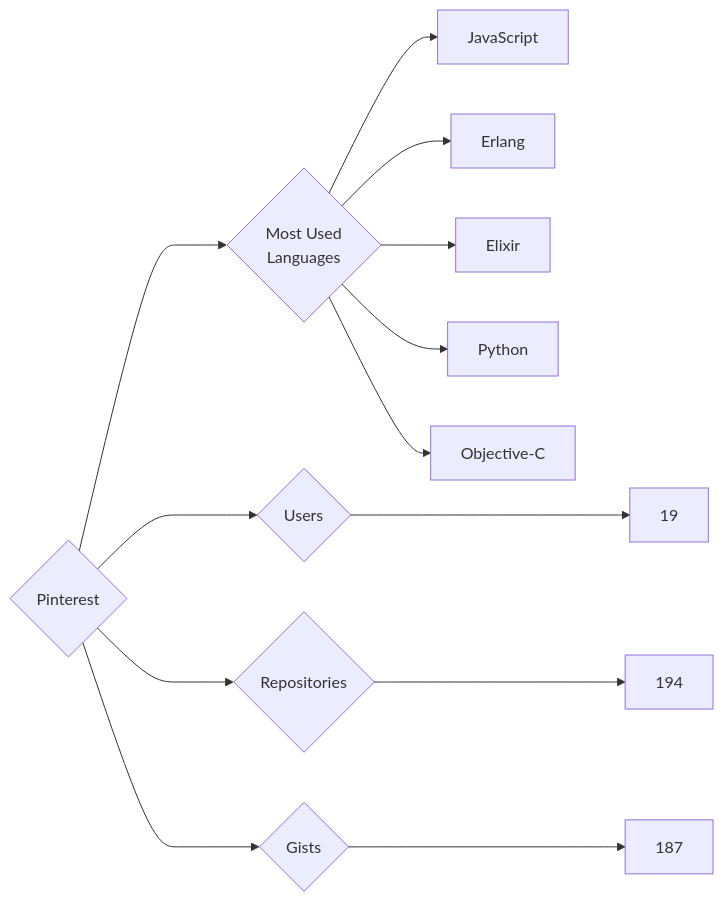
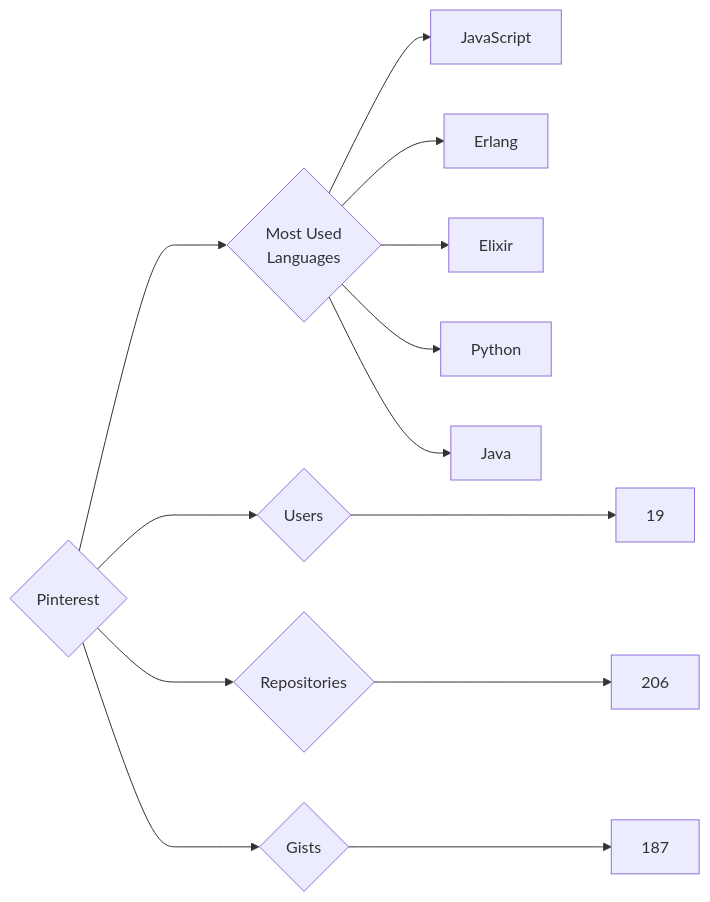
The diagram in targets/Pinterest/README.md (trickest/insiders), drawn with Mermaid before and after one commit. The commit also changed 770 other files, not shown here.

````diff
--- a/targets/Pinterest/README.md
+++ b/targets/Pinterest/README.md
@@ -3,13 +3,13 @@
 ```mermaid
 graph LR
 COMPANY_NAME{Pinterest}
 COMPANY_NAME ---> U{Users} ---> UN[19]
-COMPANY_NAME ---> R{Repositories} ---> RN[194]
+COMPANY_NAME ---> R{Repositories} ---> RN[206]
 COMPANY_NAME ---> G{Gists} ---> GN[187]
 COMPANY_NAME ---> ML{Most Used<br>Languages}
 ML --> JavaScript[JavaScript]
 ML --> Erlang[Erlang]
 ML --> Elixir[Elixir]
 ML --> Python[Python]
-ML --> Objective-C[Objective-C]
+ML --> Java[Java]
 ```
````
